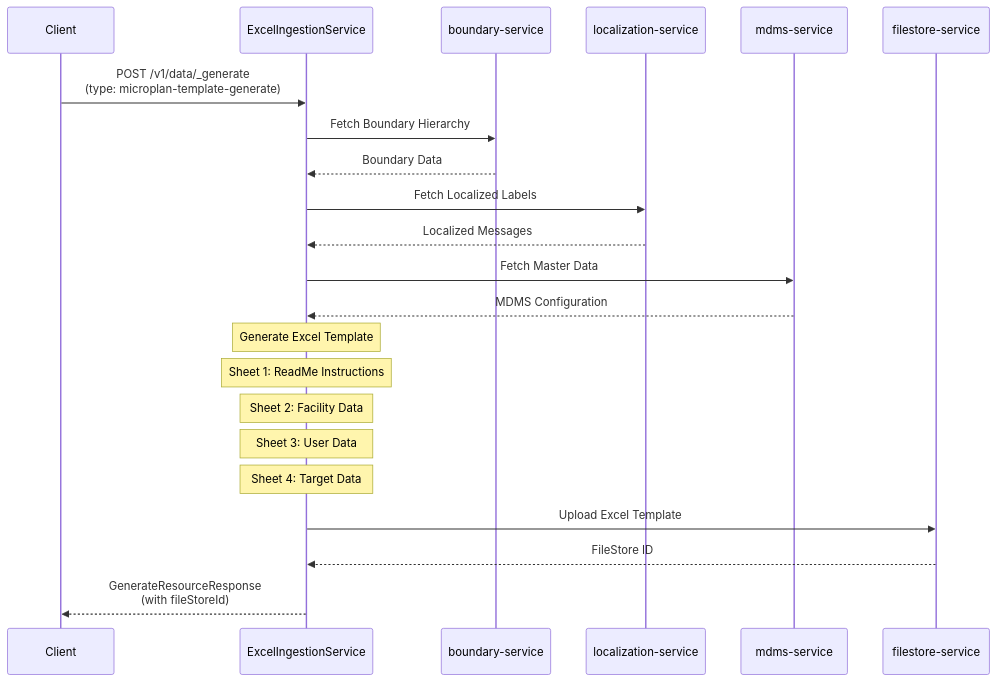
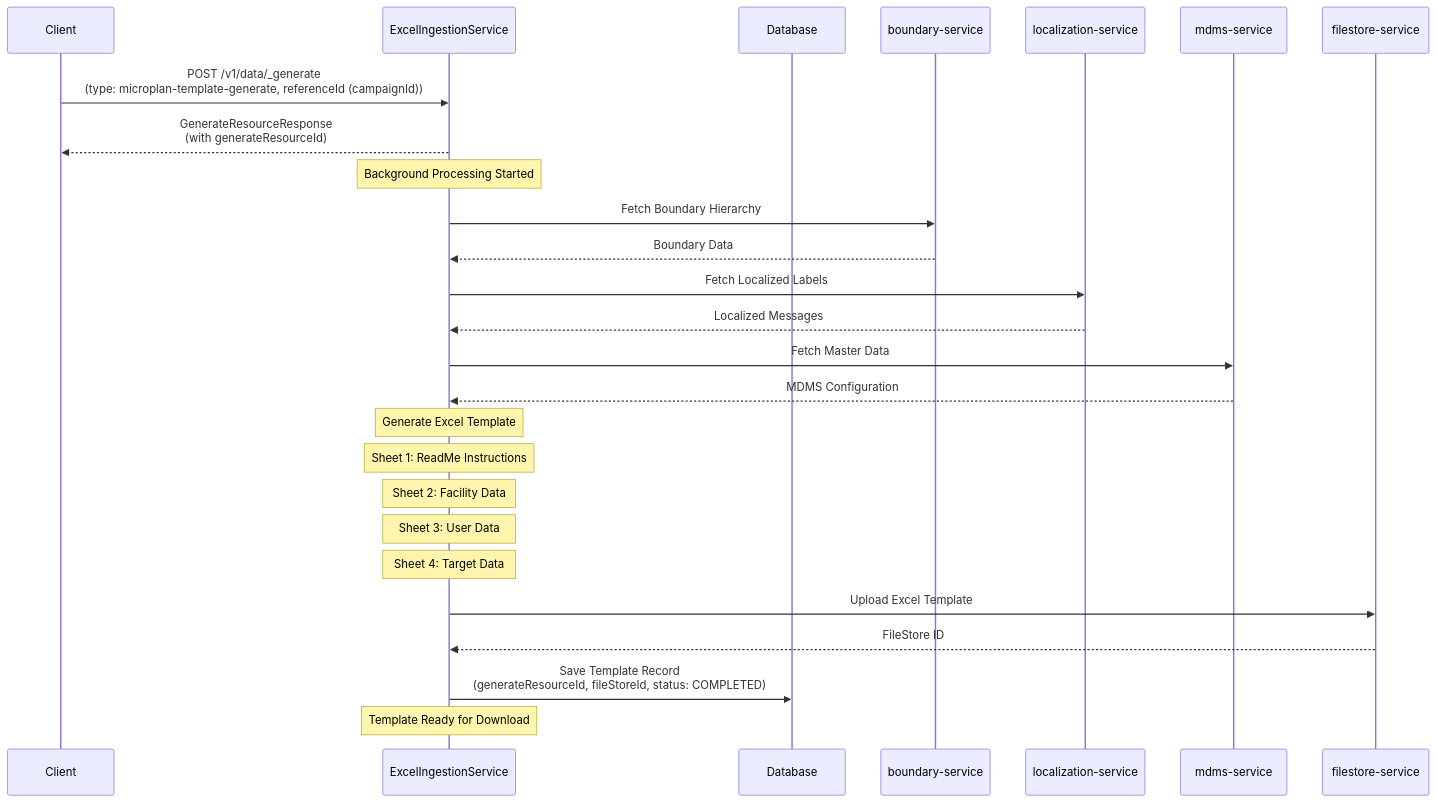
One commit to ashish-egov/campaign-whole-sheet-ingestion changed the first of 5 diagrams in DESIGN.md. Above: the diagram before and after it, drawn with Mermaid. The commit also changed other lines of this file, not shown here.

````diff
--- a/DESIGN.md
+++ b/DESIGN.md
@@ -7,31 +8,38 @@
 ```mermaid
 sequenceDiagram
     participant Client
     participant ExcelIngestionService
+    participant Database
     participant boundary-service
     participant localization-service
     participant mdms-service
     participant filestore-service
     
-    Client->>ExcelIngestionService: POST /v1/data/_generate<br/>(type: microplan-template-generate)
+    Client->>ExcelIngestionService: POST /v1/data/_generate<br/>(type: microplan-template-generate, referenceId (campaignId))
+    
+    ExcelIngestionService-->>Client: GenerateResourceResponse<br/>(with generateResourceId)
+    
+    Note over ExcelIngestionService: Background Processing Started
     
     ExcelIngestionService->>boundary-service: Fetch Boundary Hierarchy
     boundary-service-->>ExcelIngestionService: Boundary Data
     
     ExcelIngestionService->>localization-service: Fetch Localized Labels
     localization-service-->>ExcelIngestionService: Localized Messages
     
     ExcelIngestionService->>mdms-service: Fetch Master Data
     mdms-service-->>ExcelIngestionService: MDMS Configuration
     
     Note over ExcelIngestionService: Generate Excel Template
     Note over ExcelIngestionService: Sheet 1: ReadMe Instructions
     Note over ExcelIngestionService: Sheet 2: Facility Data
     Note over ExcelIngestionService: Sheet 3: User Data  
     Note over ExcelIngestionService: Sheet 4: Target Data
     
     ExcelIngestionService->>filestore-service: Upload Excel Template
     filestore-service-->>ExcelIngestionService: FileStore ID
     
-    ExcelIngestionService-->>Client: GenerateResourceResponse<br/>(with fileStoreId)
+    ExcelIngestionService->>Database: Save Template Record<br/>(generateResourceId, fileStoreId, status: COMPLETED)
+    
+    Note over ExcelIngestionService: Template Ready for Download
 ```
````
